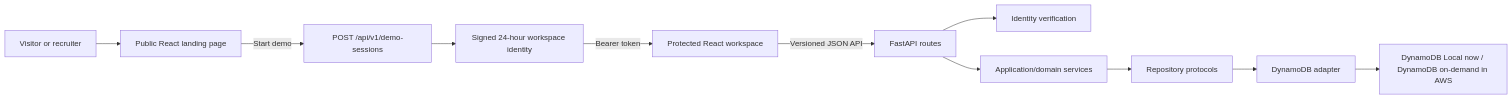
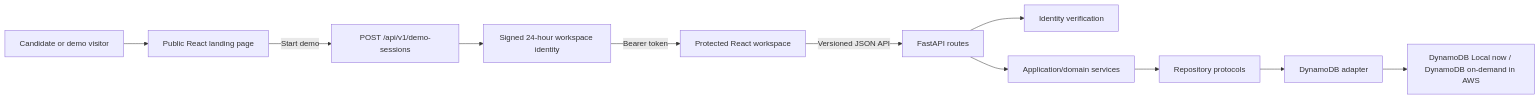
One commit to xiolest1/HireFlux changed the first of 4 diagrams in ARCHITECTURE.md. Above: the diagram before and after it, drawn with Mermaid. The commit also changed 20 other files, not shown here.

````diff
--- a/ARCHITECTURE.md
+++ b/ARCHITECTURE.md
@@ -31,13 +31,13 @@
 ```mermaid
 flowchart LR
-    User["Visitor or recruiter"] --> Landing["Public React landing page"]
+    User["Candidate or demo visitor"] --> Landing["Public React landing page"]
     Landing -->|"Start demo"| DemoAPI["POST /api/v1/demo-sessions"]
     DemoAPI --> Identity["Signed 24-hour workspace identity"]
     Identity -->|"Bearer token"| SPA["Protected React workspace"]
     SPA -->|"Versioned JSON API"| FastAPI["FastAPI routes"]
     FastAPI --> Auth["Identity verification"]
     FastAPI --> Services["Application/domain services"]
     Services --> Ports["Repository protocols"]
     Ports --> Adapter["DynamoDB adapter"]
     Adapter --> DB["DynamoDB Local now / DynamoDB on-demand in AWS"]
 ```
````
